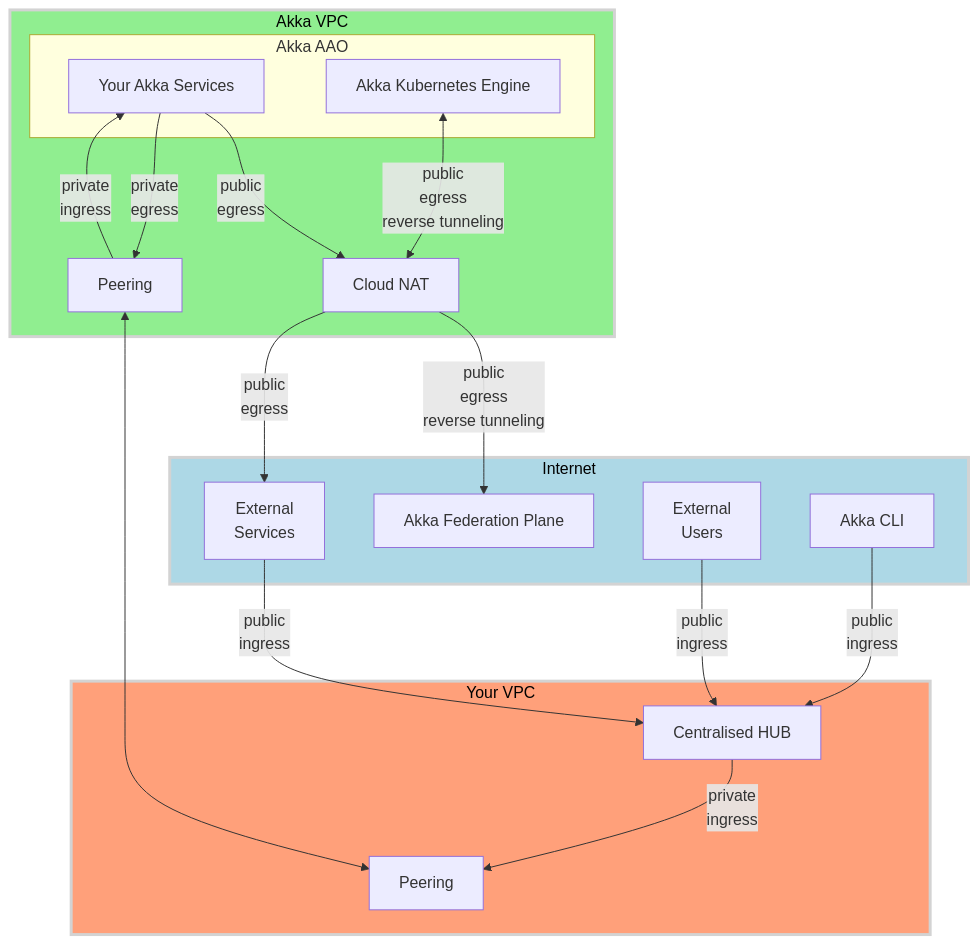
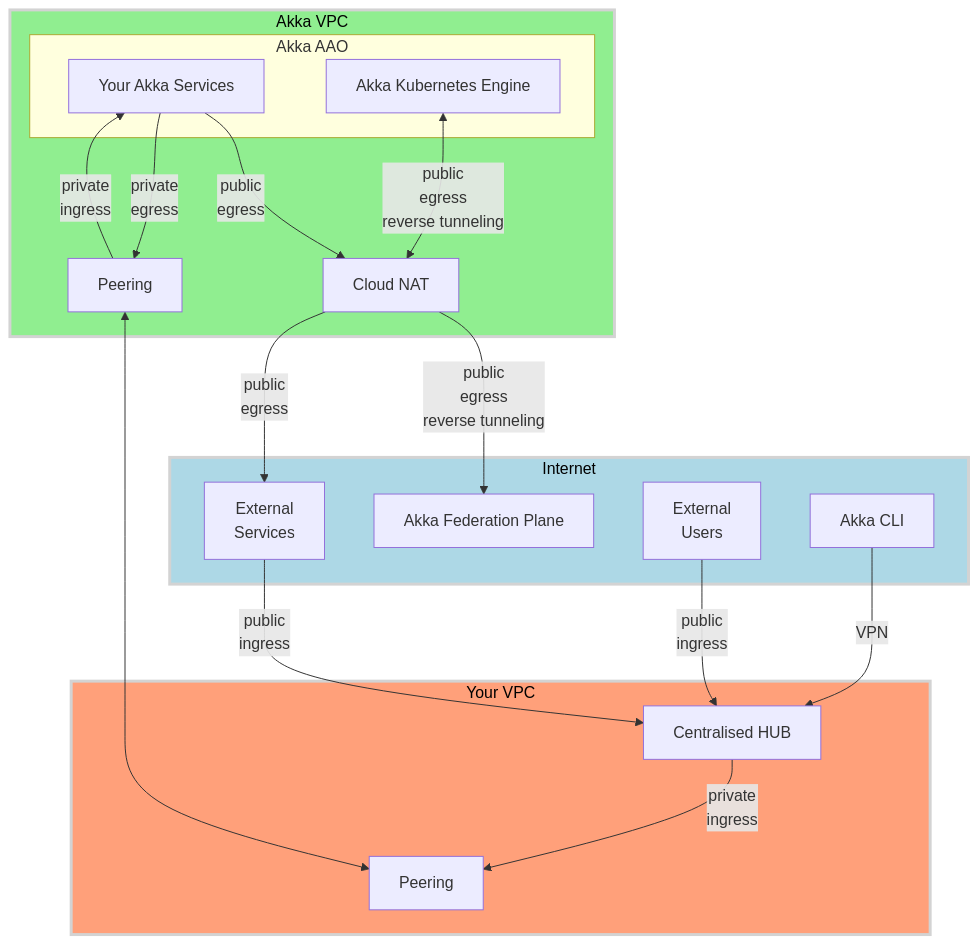
The second of 3 diagrams in hub-and-spoke.md (aklikic/aao), drawn with Mermaid before and after one commit.

Commit message:
adjustments

````diff
--- a/hub-and-spoke.md
+++ b/hub-and-spoke.md
@@ -85,50 +85,50 @@
 ```mermaid
 ---
 config:
   theme: mc
   look: classic
 ---
 graph TB
 
     subgraph CUSTOMER_VPC[Your VPC]
         CUST_PEERING[Peering]
         HUB[Centralised HUB]
     end
 
     subgraph INT[Internet]
         AKKA_FED_PLAN[Akka Federation Plane]
         INT_SRVS[External<br>Services]
         USER[External<br>Users]
         ADMIN[Akka CLI]
     end
 
     subgraph AKKA_VPC[Akka VPC]
         subgraph AAO[Akka AAO]
             SRVS[Your Akka Services]
             AKKA_K8S[Akka Kubernetes Engine]
         end
         CLOUD_NAT[Cloud NAT]
 %%        INT_GW[Internet GW<br>0.0.0.0/0]
         AKKA_PEERING[Peering]
     end
 
     AKKA_K8S <--> |public<br>egress<br>reverse tunneling| CLOUD_NAT
 %%    CLOUD_NAT --> |public<br>egress| INT_GW
     CLOUD_NAT --> |public<br>egress<br>reverse tunneling| AKKA_FED_PLAN
     CLOUD_NAT --> |public<br>egress| INT_SRVS
     SRVS --> |public<br>egress| CLOUD_NAT
 
     SRVS --> |private<br>egress| AKKA_PEERING
     AKKA_PEERING <--> CUST_PEERING
 
-    ADMIN --> |public<br>ingress|HUB
+    ADMIN --> |VPN|HUB
 
     INT_SRVS --> |public<br>ingress|HUB
     USER --> |public<br>ingress|HUB
     HUB --> |private<br>ingress|CUST_PEERING
     AKKA_PEERING --> |private<br>ingress|SRVS
 
     style INT fill:lightblue,stroke:lightgray,stroke-width:3px,color:black
     style AKKA_VPC fill:lightgreen,stroke:lightgray,stroke-width:3px,color:black
     style CUSTOMER_VPC fill:lightsalmon,stroke:lightgray,stroke-width:3px,color:black
 ```
````
